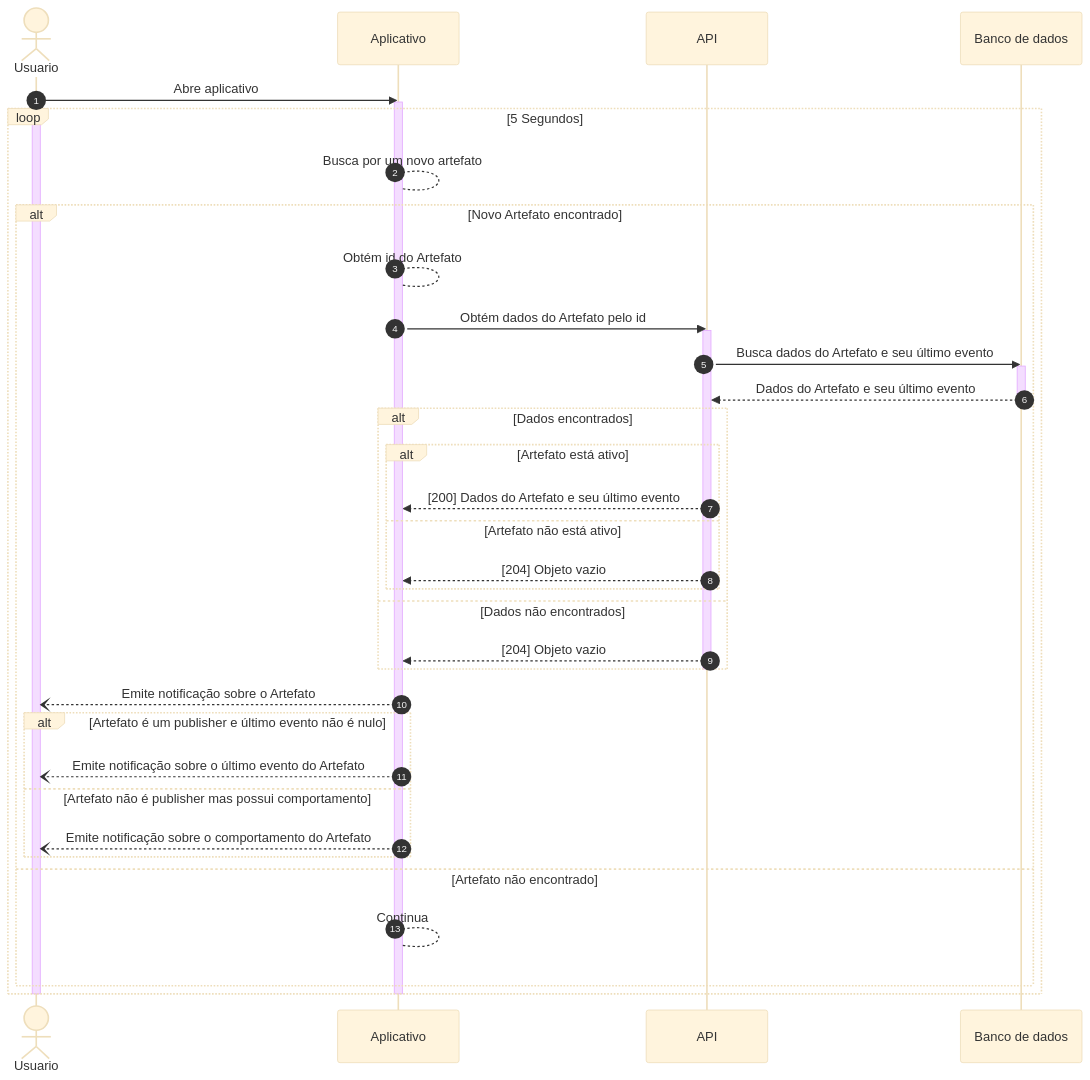
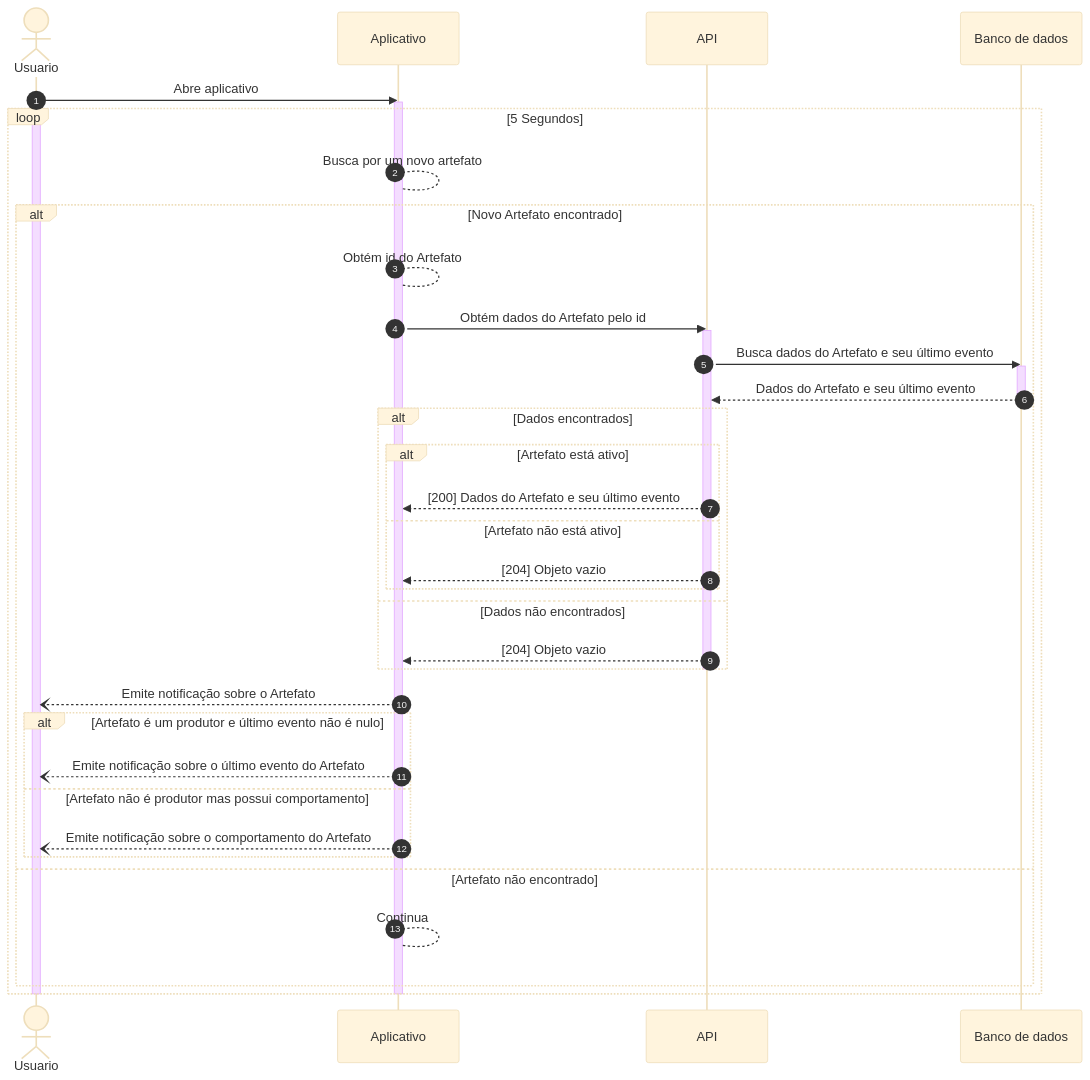
One commit to DSM-FATEC/fatec_dsm_pi_quinto_semestre changed the third of 5 diagrams in docs/diagramas.md. Above: the diagram before and after it, drawn with Mermaid (base theme). The commit also changed other lines of this file and 4 other files, not shown here.

````diff
--- a/docs/diagramas.md
+++ b/docs/diagramas.md
@@ -51,60 +51,60 @@
 ```mermaid
 sequenceDiagram
     autonumber
 
     actor Usuario
     participant Aplicativo
     participant API
     participant Banco de dados
 
     Usuario->>Aplicativo: Abre aplicativo
 
     activate Usuario
     activate Aplicativo
 
     loop 5 Segundos
         Aplicativo-->Aplicativo: Busca por um novo artefato
 
         alt Novo Artefato encontrado
             Aplicativo-->Aplicativo: Obtém id do Artefato
             Aplicativo->>API: Obtém dados do Artefato pelo id
 
             activate API
 
             API->>Banco de dados: Busca dados do Artefato e seu último evento
 
             activate Banco de dados
 
             Banco de dados-->>API: Dados do Artefato e seu último evento
 
             deactivate Banco de dados
 
             alt Dados encontrados
                 alt Artefato está ativo
                     API-->>Aplicativo: [200] Dados do Artefato e seu último evento
                 else Artefato não está ativo
                     API-->>Aplicativo: [204] Objeto vazio
                 end
             else Dados não encontrados
                 API-->>Aplicativo:[204] Objeto vazio
             end
 
             deactivate API
 
             Aplicativo--)Usuario: Emite notificação sobre o Artefato
 
-            alt Artefato é um publisher e último evento não é nulo
+            alt Artefato é um produtor e último evento não é nulo
                 Aplicativo--)Usuario: Emite notificação sobre o último evento do Artefato
-            else Artefato não é publisher mas possui comportamento
+            else Artefato não é produtor mas possui comportamento
                 Aplicativo--)Usuario: Emite notificação sobre o comportamento do Artefato
             end
         else Artefato não encontrado
             Aplicativo-->Aplicativo: Continua
         end
 
     end
 
 
     deactivate Usuario
     deactivate Aplicativo
 ```
````
